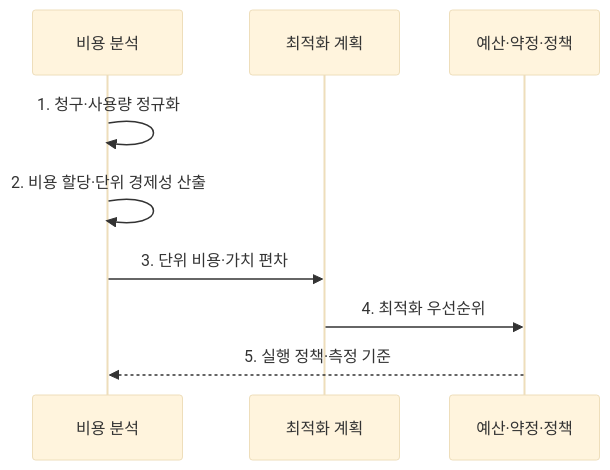
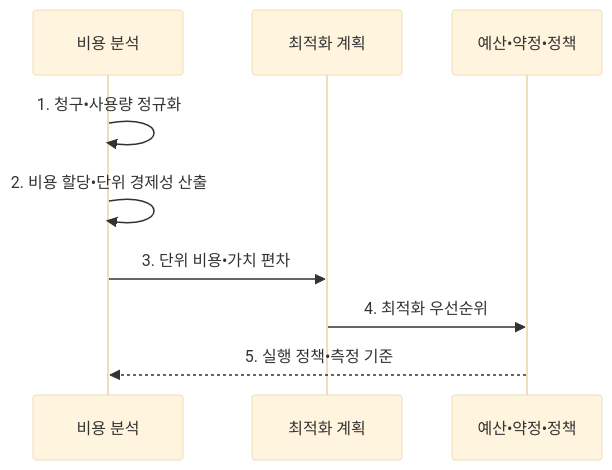
Before and after one commit to agnusdei1207/knowledge-base: the second of 2 diagrams in src/content/docs/notes/03-software/147_finops.md, drawn with Mermaid (base theme). The commit also changed other lines of this file and 953 other files, not shown here.

````diff
--- a/src/content/docs/notes/03-software/147_finops.md
+++ b/src/content/docs/notes/03-software/147_finops.md
@@ -107,11 +107,11 @@
 ```mermaid
 sequenceDiagram
     participant A as 비용 분석
     participant B as 최적화 계획
-    participant P as 예산·약정·정책
-    A->>A: 1. 청구·사용량 정규화
-    A->>A: 2. 비용 할당·단위 경제성 산출
-    A->>B: 3. 단위 비용·가치 편차
+    participant P as 예산•약정•정책
+    A->>A: 1. 청구•사용량 정규화
+    A->>A: 2. 비용 할당•단위 경제성 산출
+    A->>B: 3. 단위 비용•가치 편차
     B->>P: 4. 최적화 우선순위
-    P-->>A: 5. 실행 정책·측정 기준
+    P-->>A: 5. 실행 정책•측정 기준
 ```
````
